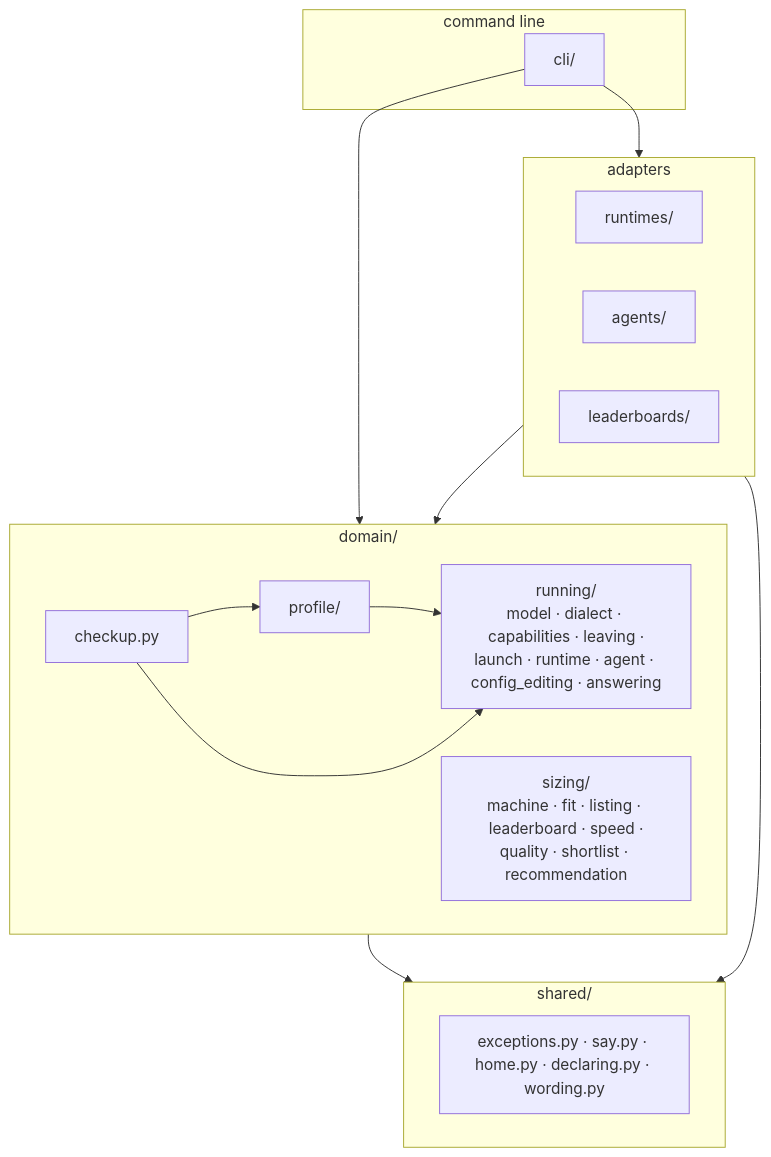
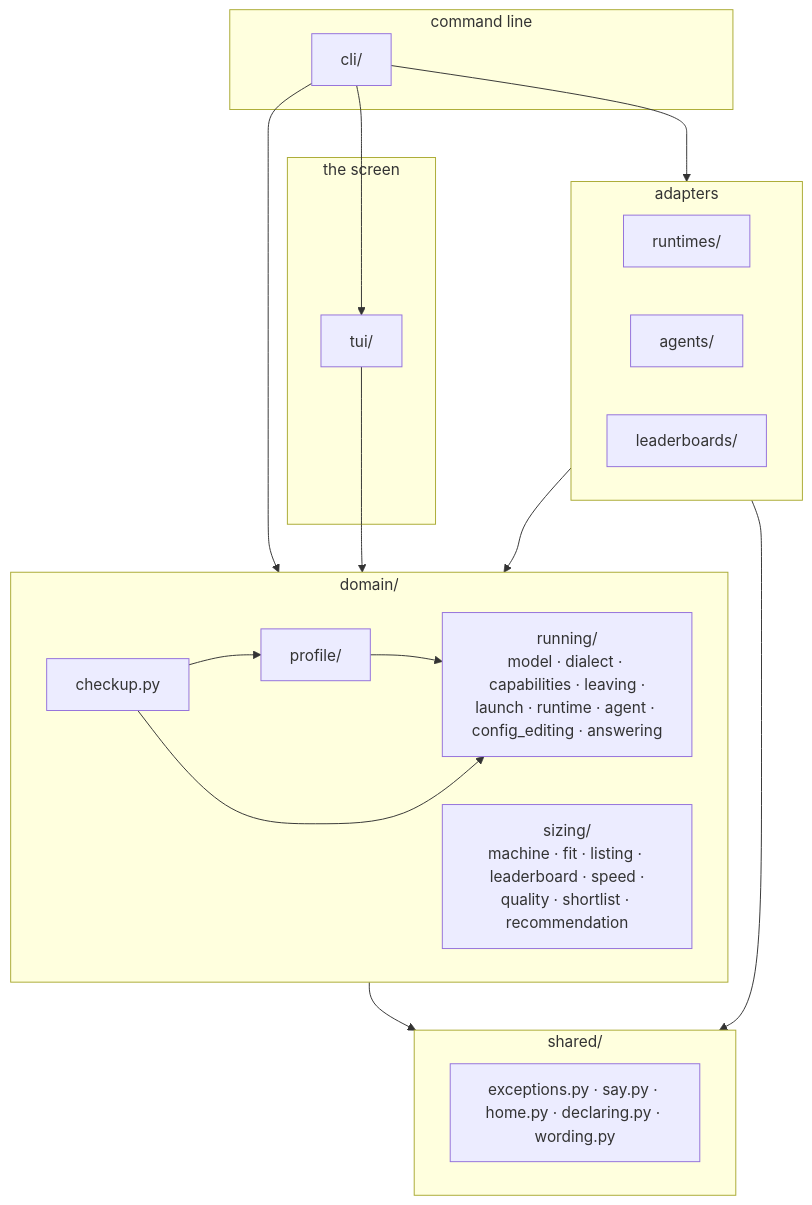
One commit to pvardanis/offgrid changed the first of 3 diagrams in docs/architecture.md. Above: the diagram before and after it, drawn with Mermaid. The commit also changed other lines of this file and 11 other files, not shown here.

````diff
--- a/docs/architecture.md
+++ b/docs/architecture.md
@@ -13,29 +13,34 @@
 ```mermaid
 flowchart TD
     subgraph cmd [command line]
         cli["cli/"]
+    end
+    subgraph screen [the screen]
+        tui["tui/"]
     end
     subgraph adapters [adapters]
         rt["runtimes/"]
         ag["agents/"]
         lb["leaderboards/"]
     end
     subgraph domain ["domain/"]
         checkup["checkup.py"]
         sizing["sizing/<br/>machine · fit · listing · leaderboard · speed ·<br/>quality · shortlist · recommendation"]
         running["running/<br/>model · dialect · capabilities · leaving ·<br/>launch · runtime · agent · config_editing · answering"]
         profile["profile/"]
     end
     subgraph shared ["shared/"]
         sh["exceptions.py · say.py · home.py · declaring.py · wording.py"]
     end
 
     cli --> adapters
     cli --> domain
+    cli --> tui
+    tui --> domain
     adapters --> domain
     domain --> shared
     adapters --> shared
     profile --> running
     checkup --> profile
     checkup --> running
 ```
````
